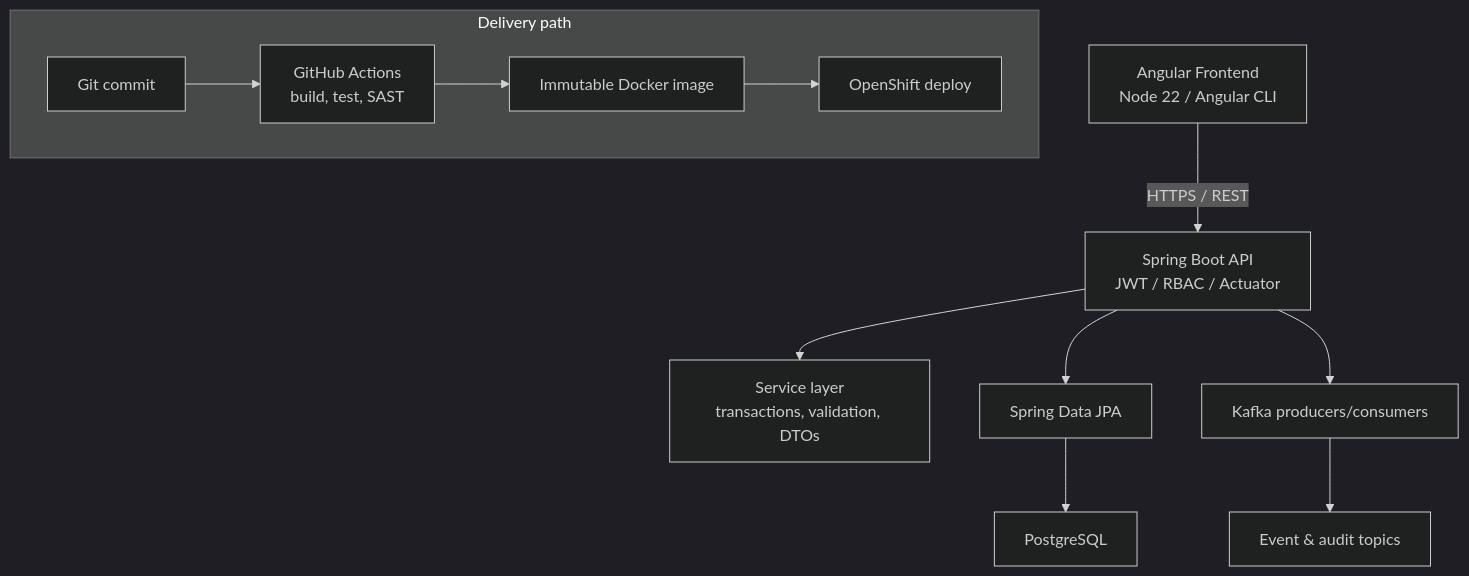
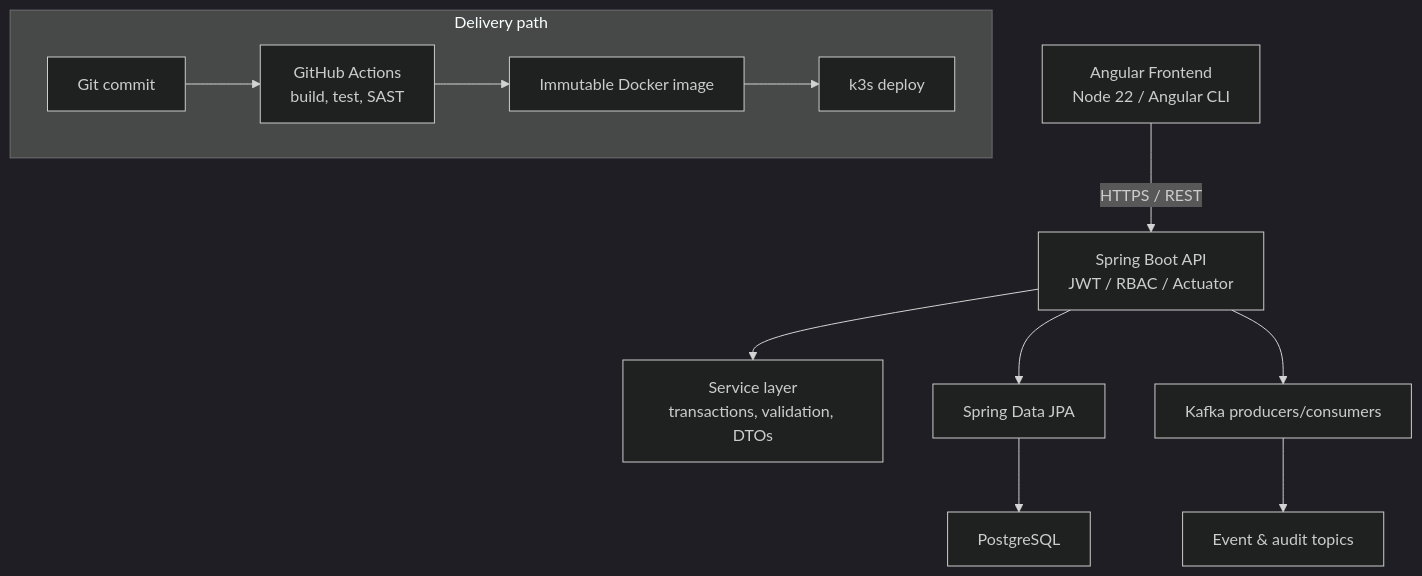
One commit to Innovation-In-Software/bc-sw-engineer-java-angular-participant changed the diagram in labs/Week 6 - Capstone Project/WEEK-LABS-INDEX.md. Above: the diagram before and after it, drawn with Mermaid (dark theme). The commit also changed other lines of this file and 103 other files, not shown here.

First line of the commit message:
Teach the shared k3s cluster instead of OpenShift.

````diff
--- a/labs/Week 6 - Capstone Project/WEEK-LABS-INDEX.md
+++ b/labs/Week 6 - Capstone Project/WEEK-LABS-INDEX.md
@@ -104,14 +104,14 @@
 ```mermaid
 flowchart TB
   UI["Angular Frontend<br/>Node 22 / Angular CLI"] -->|HTTPS / REST| API["Spring Boot API<br/>JWT / RBAC / Actuator"]
   API --> Svc["Service layer<br/>transactions, validation, DTOs"]
   API --> JPA["Spring Data JPA"]
   JPA --> PG["PostgreSQL"]
   API --> Kafka["Kafka producers/consumers"]
   Kafka --> Topics["Event & audit topics"]
   subgraph Delivery["Delivery path"]
     Git["Git commit"] --> GHA["GitHub Actions<br/>build, test, SAST"]
     GHA --> Img["Immutable Docker image"]
-    Img --> OCP["OpenShift deploy"]
+    Img --> OCP["k3s deploy"]
   end
 ```
````
